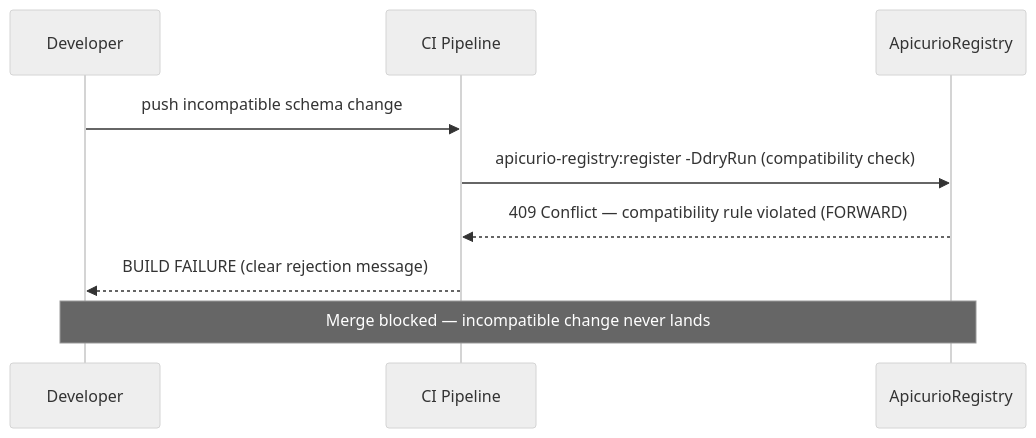
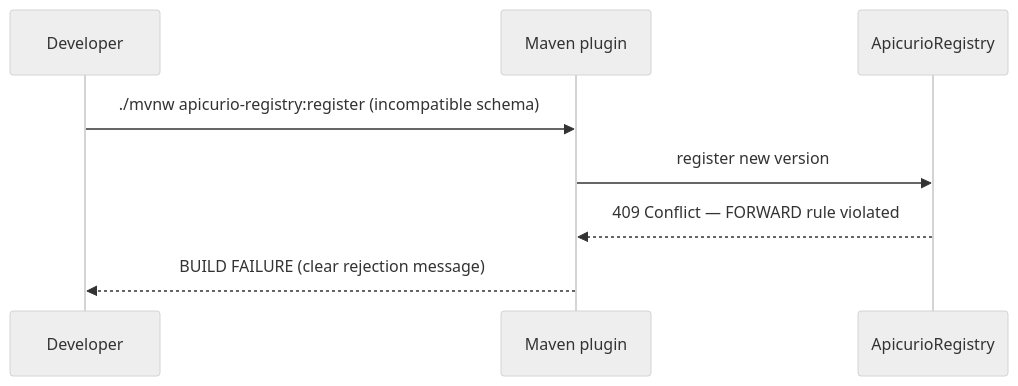
One commit to anarefin/schema-registry-demo changed the third of 3 diagrams in README.md. Above: the diagram before and after it, drawn with Mermaid (neutral theme). The commit also changed other lines of this file and 61 other files, not shown here.

Commit message:
build a minimal version of the poc

````diff
--- a/README.md
+++ b/README.md
@@ -235,12 +105,11 @@
 ```mermaid
 sequenceDiagram
     participant Dev as Developer
-    participant CI as CI Pipeline
+    participant M as Maven plugin
     participant A as ApicurioRegistry
 
-    Dev->>CI: push incompatible schema change
-    CI->>A: apicurio-registry:register -DdryRun (compatibility check)
-    A-->>CI: 409 Conflict — compatibility rule violated (FORWARD)
-    CI-->>Dev: BUILD FAILURE (clear rejection message)
-    Note over Dev,A: Merge blocked — incompatible change never lands
+    Dev->>M: ./mvnw apicurio-registry:register (incompatible schema)
+    M->>A: register new version
+    A-->>M: 409 Conflict — FORWARD rule violated
+    M-->>Dev: BUILD FAILURE (clear rejection message)
 ```
````
